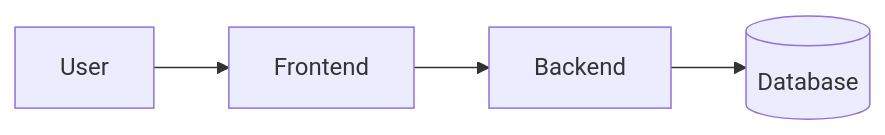
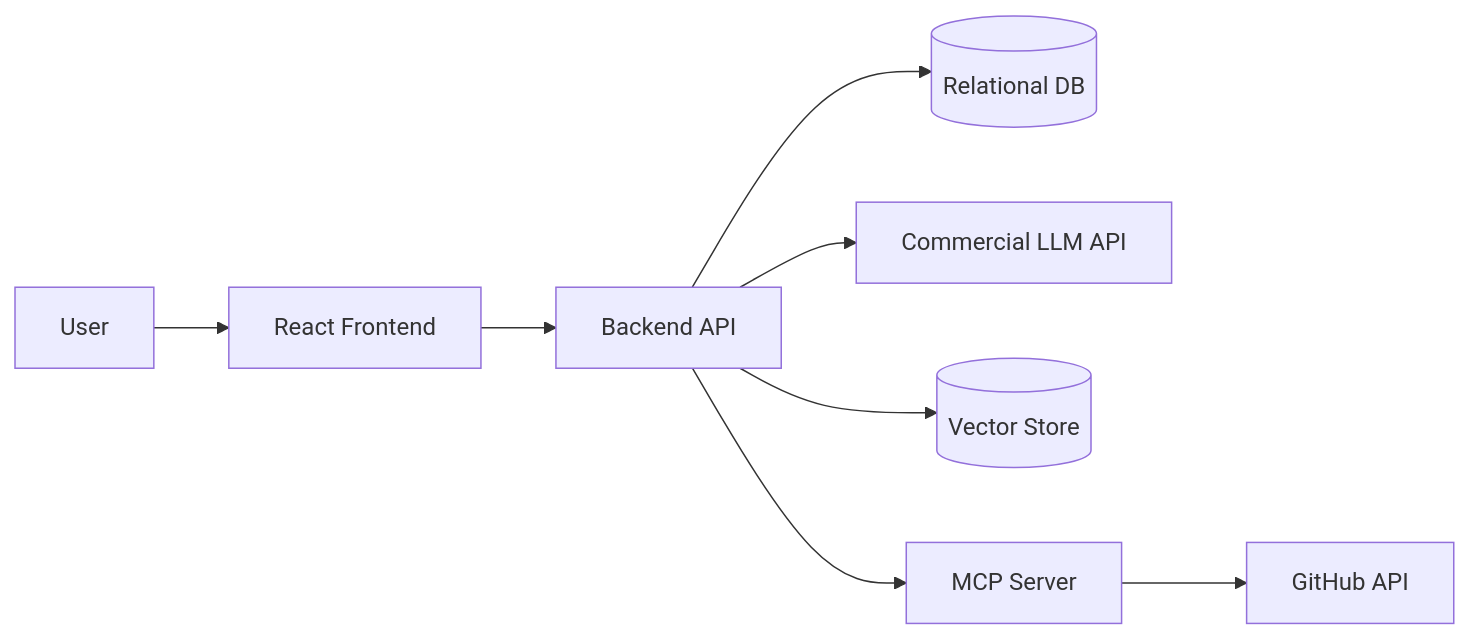
Before and after one commit to JUNGLE-TEAM1/haegeon_name_not_fixed: the first of 5 diagrams in docs/02-architecture.md, drawn with Mermaid. The commit also changed other lines of this file and 8 other files, not shown here.

````diff
--- a/docs/02-architecture.md
+++ b/docs/02-architecture.md
@@ -18,6 +23,10 @@
 ```mermaid
 flowchart LR
-    U[User] --> FE[Frontend]
-    FE --> BE[Backend]
-    BE --> DB[(Database)]
+    U[User] --> FE[React Frontend]
+    FE --> BE[Backend API]
+    BE --> DB[(Relational DB)]
+    BE --> LLM[Commercial LLM API]
+    BE --> VS[(Vector Store)]
+    BE --> MCP[MCP Server]
+    MCP --> GH[GitHub API]
 ```
````
